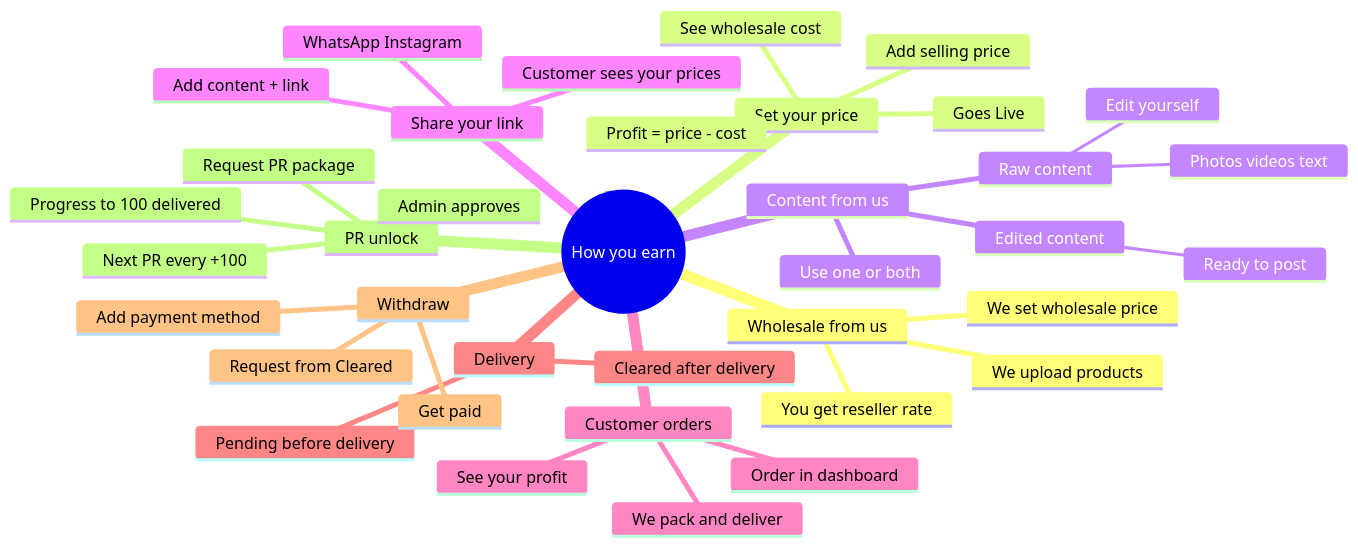
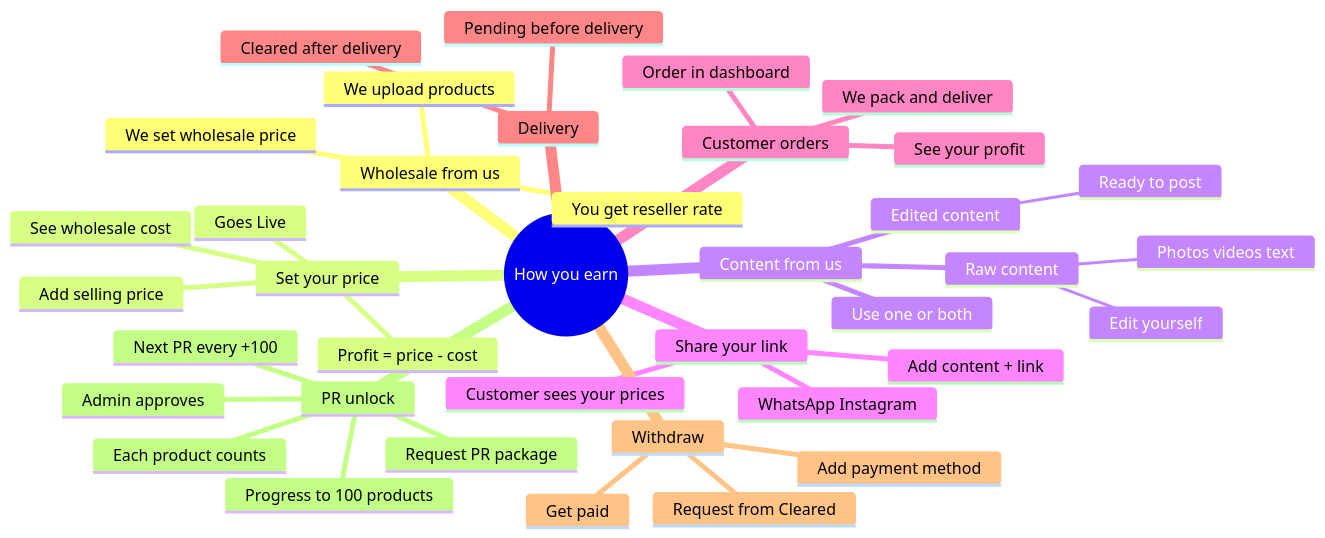
One commit to monocrafters/Mocha-Wear changed the diagram in docs/reseller-mindmap-prompt.md. Above: the diagram before and after it, drawn with Mermaid. The commit also changed other lines of this file and 5 other files, not shown here.

First line of the commit message:
Count PR unlock progress by delivered products, not whole orders.

````diff
--- a/docs/reseller-mindmap-prompt.md
+++ b/docs/reseller-mindmap-prompt.md
@@ -114,40 +115,41 @@
 ```mermaid
 mindmap
   root((How you earn))
     Wholesale from us
       We upload products
       We set wholesale price
       You get reseller rate
     Set your price
       See wholesale cost
       Add selling price
       Profit = price - cost
       Goes Live
     Content from us
       Raw content
         Photos videos text
         Edit yourself
       Edited content
         Ready to post
       Use one or both
     Share your link
       Add content + link
       WhatsApp Instagram
       Customer sees your prices
     Customer orders
       Order in dashboard
       See your profit
       We pack and deliver
     Delivery
       Pending before delivery
       Cleared after delivery
     Withdraw
       Add payment method
       Request from Cleared
       Get paid
     PR unlock
-      Progress to 100 delivered
+      Progress to 100 products
+      Each product counts
       Request PR package
       Admin approves
       Next PR every +100
 ```
````
